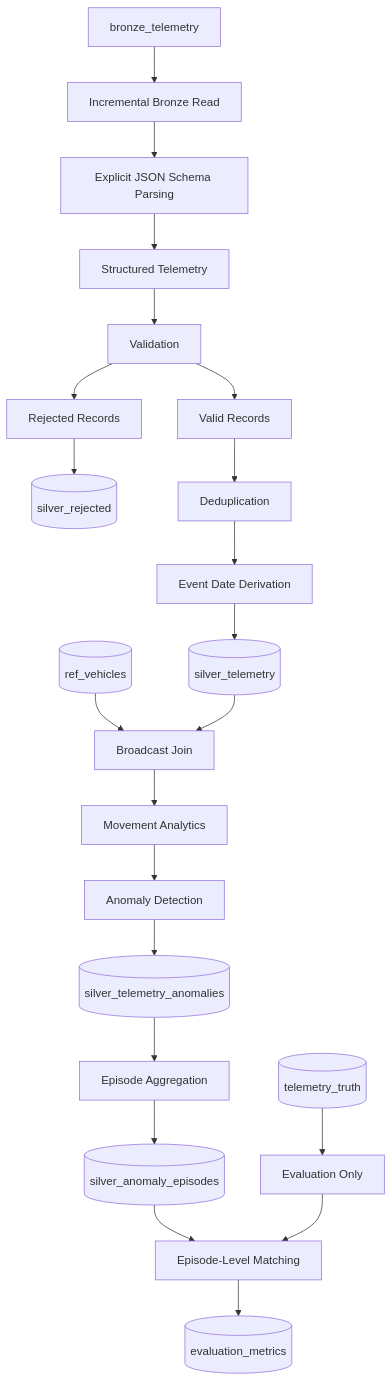
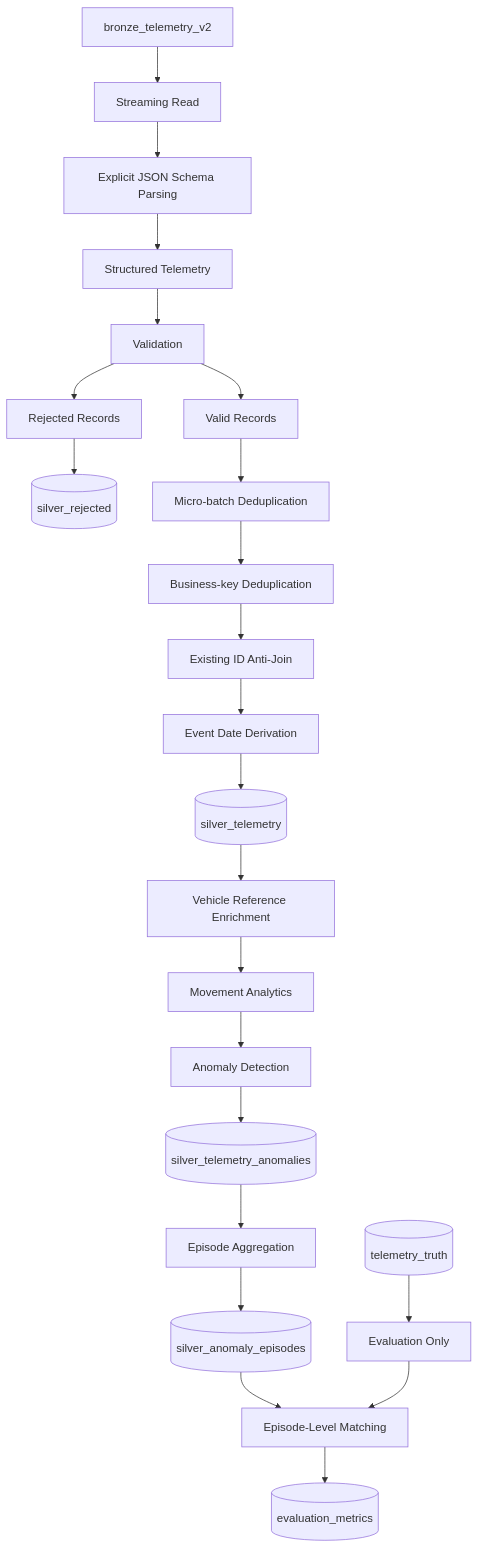
The diagram in docs/person2.md (abdullah-fat7y/fleet-telematics-lakehouse), drawn with Mermaid before and after one commit. The commit also changed other lines of this file, not shown here.

````diff
--- a/docs/person2.md
+++ b/docs/person2.md
@@ -111,31 +112,31 @@
 ```mermaid
 flowchart TD
-    A["bronze_telemetry"] --> B["Incremental Bronze Read"]
+    A["bronze_telemetry_v2"] --> B["Streaming Read"]
     B --> C["Explicit JSON Schema Parsing"]
     C --> D["Structured Telemetry"]
 
     D --> E["Validation"]
     E --> F["Valid Records"]
     E --> G["Rejected Records"]
 
     G --> H[("silver_rejected")]
 
-    F --> I["Deduplication"]
-    I --> J["Event Date Derivation"]
-    J --> K[("silver_telemetry")]
+    F --> I["Micro-batch Deduplication"]
+    I --> J["Business-key Deduplication"]
+    J --> K["Existing ID Anti-Join"]
+    K --> L["Event Date Derivation"]
+    L --> M[("silver_telemetry")]
 
-    L[("ref_vehicles")] --> M["Broadcast Join"]
-    K --> M
+    M --> N["Vehicle Reference Enrichment"]
+    N --> O["Movement Analytics"]
+    O --> P["Anomaly Detection"]
+    P --> Q[("silver_telemetry_anomalies")]
 
-    M --> N["Movement Analytics"]
-    N --> O["Anomaly Detection"]
-    O --> P[("silver_telemetry_anomalies")]
+    Q --> R["Episode Aggregation"]
+    R --> S[("silver_anomaly_episodes")]
 
-    P --> Q["Episode Aggregation"]
-    Q --> R[("silver_anomaly_episodes")]
-
-    S[("telemetry_truth")] --> T["Evaluation Only"]
-    R --> U["Episode-Level Matching"]
-    T --> U
-    U --> V[("evaluation_metrics")]
+    T[("telemetry_truth")] --> U["Evaluation Only"]
+    S --> V["Episode-Level Matching"]
+    U --> V
+    V --> W[("evaluation_metrics")]
 ```
````
